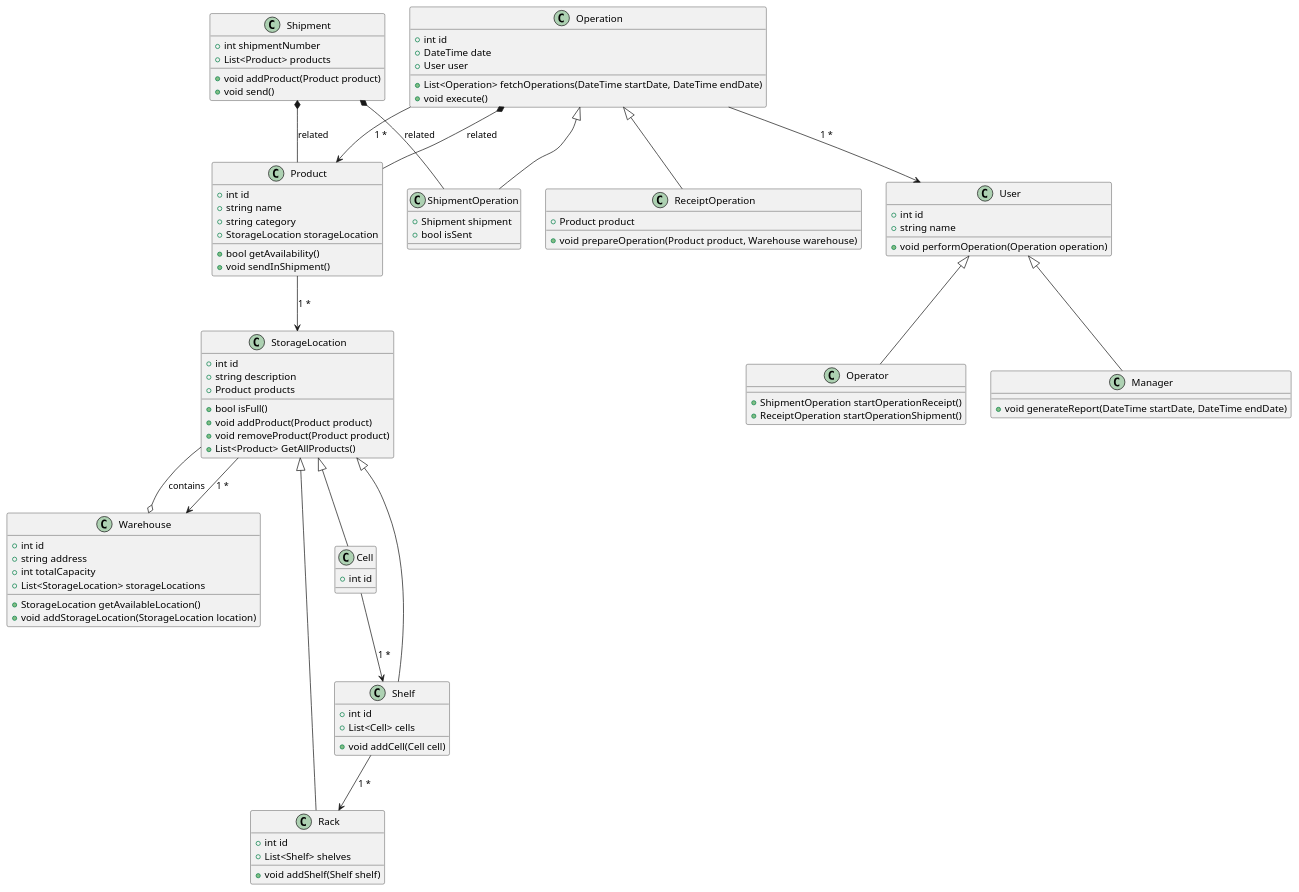
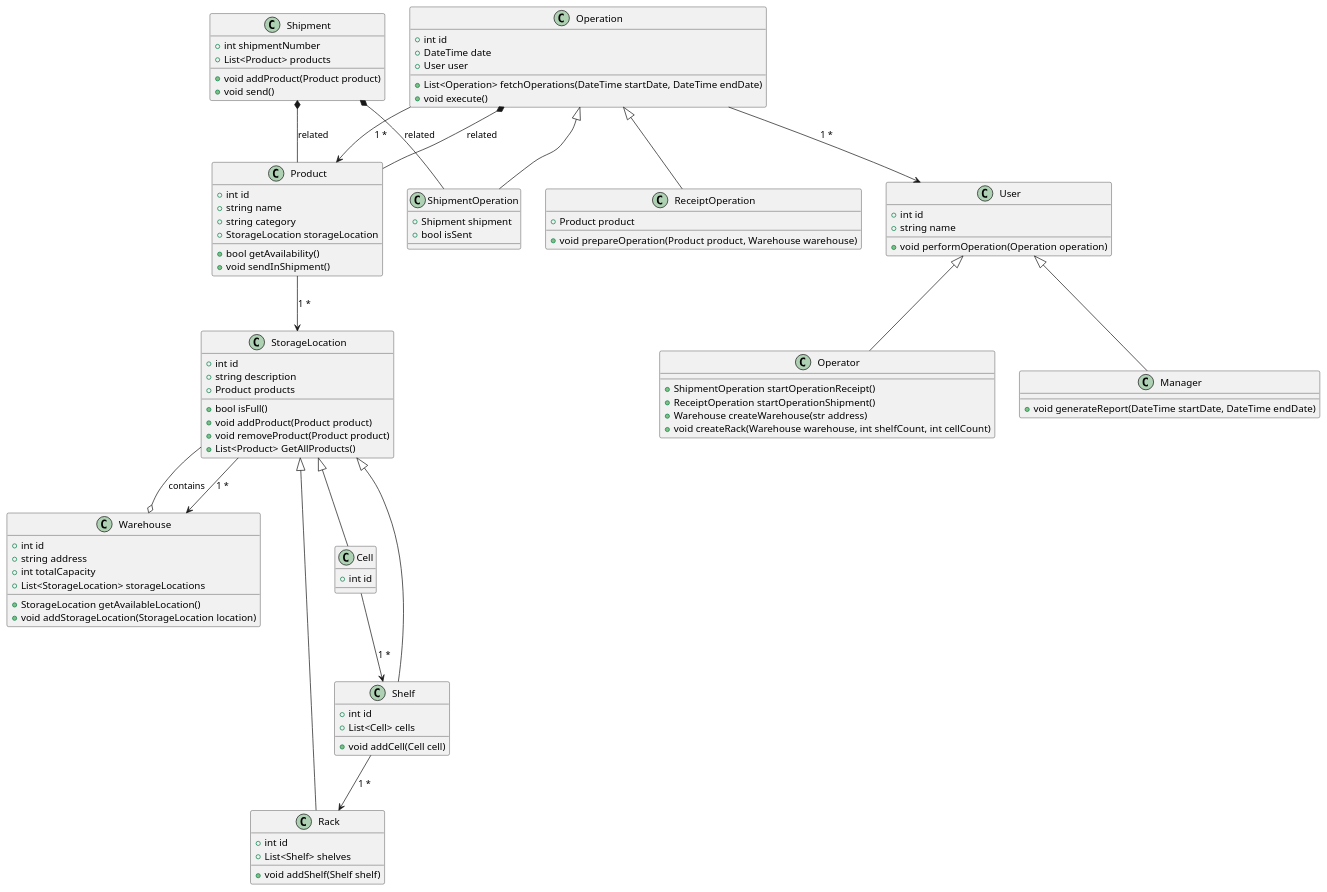
One commit to penamarth/bsbo-01-22_team6_var6 changed the diagram in Модель предметной области.md. Above: the diagram before and after it, drawn with PlantUML. The commit also changed 2 other files, not shown here.

Commit message:
add funk

```diff
--- a/Модель предметной области.md
+++ b/Модель предметной области.md
@@ -52,6 +52,10 @@
 class Operator {
     +ShipmentOperation startOperationReceipt()
     +ReceiptOperation startOperationShipment()
+    +Warehouse createWarehouse(str address)
+    +void createRack(Warehouse warehouse, int shelfCount, int cellCount)
+    
+    
 }
 
 class StorageLocation {
```
